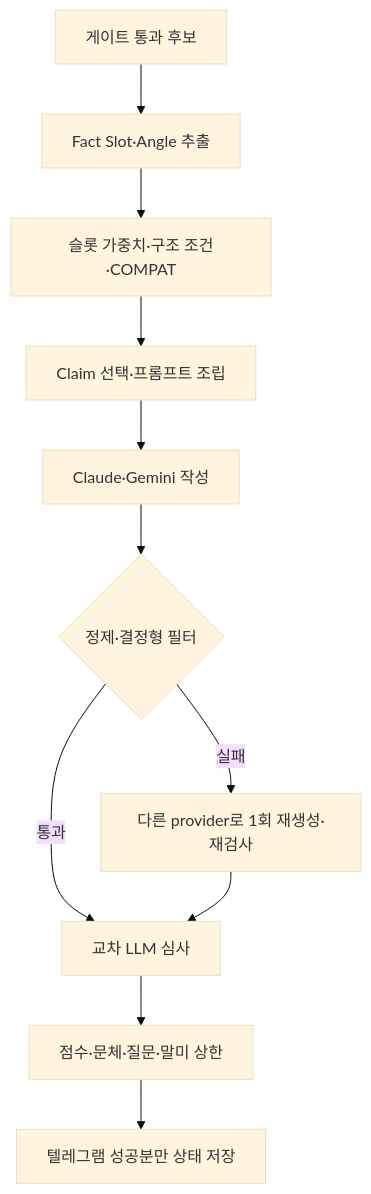
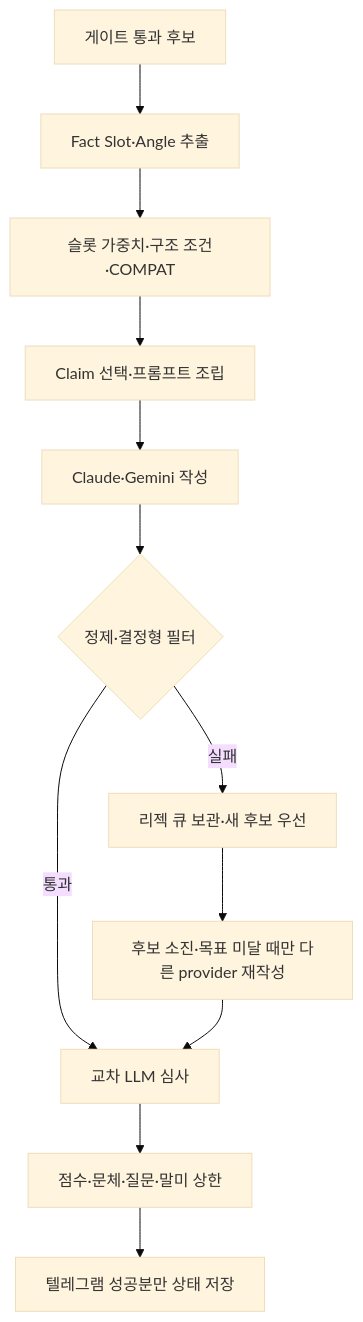
One commit to jinhoo-choi/kis-community-bot changed the diagram in docs/PERSONA_GENERATION_PROCESS.md. Above: the diagram before and after it, drawn with Mermaid (base theme). The commit also changed other lines of this file and 7 other files, not shown here.

````diff
--- a/docs/PERSONA_GENERATION_PROCESS.md
+++ b/docs/PERSONA_GENERATION_PROCESS.md
@@ -24,13 +24,14 @@
 ```mermaid
 flowchart TD
     A["게이트 통과 후보"] --> B["Fact Slot·Angle 추출"]
     B --> C["슬롯 가중치·구조 조건·COMPAT"]
     C --> D["Claim 선택·프롬프트 조립"]
     D --> E["Claude·Gemini 작성"]
     E --> F{"정제·결정형 필터"}
-    F -->|실패| G["다른 provider로 1회 재생성·재검사"]
+    F -->|실패| G["리젝 큐 보관·새 후보 우선"]
     F -->|통과| H["교차 LLM 심사"]
-    G --> H
+    G --> K["후보 소진·목표 미달 때만 다른 provider 재작성"]
+    K --> H
     H --> I["점수·문체·질문·말미 상한"]
     I --> J["텔레그램 성공분만 상태 저장"]
 ```
````
